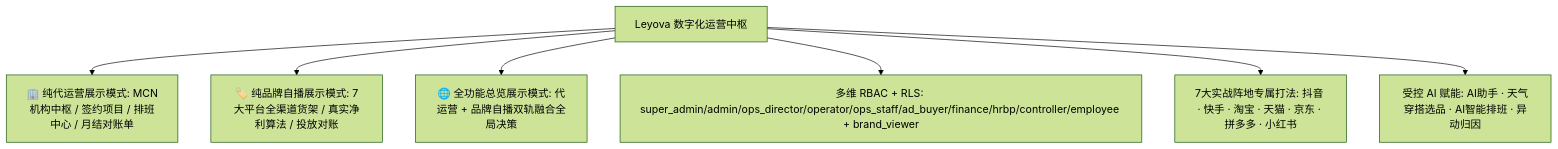
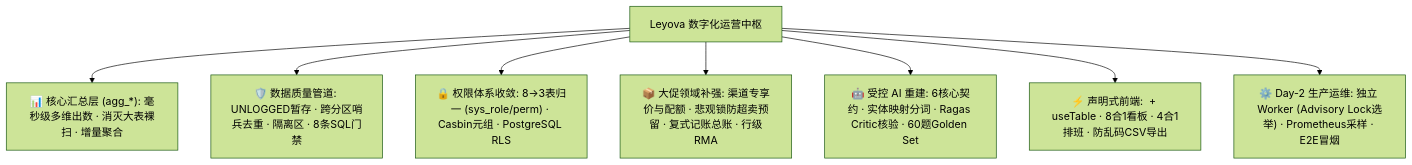
The first of 2 diagrams in README.md (BlazarLIU/leyova), drawn with Mermaid (forest theme) before and after one commit. The commit also changed other lines of this file, not shown here.

Commit message:
docs: 重写 README.md 全面同步架构收敛、DataPage 体系与生产运维能力

````diff
--- a/README.md
+++ b/README.md
@@ -30,10 +31,12 @@
 ```mermaid
 graph TD
-  A["Leyova 数字化运营中枢"] --> M1["🏢 纯代运营展示模式: MCN机构中枢 / 签约项目 / 排班中心 / 月结对账单"]
-  A --> M2["🏷️ 纯品牌自播展示模式: 7大平台全渠道货架 / 真实净利算法 / 投放对账"]
-  A --> M3["🌐 全功能总览展示模式: 代运营 + 品牌自播双轨融合全局决策"]
+  Core["Leyova 数字化运营中枢"]
 
-  A --> RBAC["多维 RBAC + RLS: super_admin/admin/ops_director/operator/ops_staff/ad_buyer/finance/hrbp/controller/employee + brand_viewer"]
-  A --> PF["7大实战阵地专属打法: 抖音 · 快手 · 淘宝 · 天猫 · 京东 · 拼多多 · 小红书"]
-  A --> AI["受控 AI 赋能: AI助手 · 天气穿搭选品 · AI智能排班 · 异动归因"]
+  Core --> D1["📊 核心汇总层 (agg_*): 毫秒级多维出数 · 消灭大表裸扫 · 增量聚合"]
+  Core --> D2["🛡️ 数据质量管道: UNLOGGED暂存 · 跨分区哨兵去重 · 隔离区 · 8条SQL门禁"]
+  Core --> D3["🔒 权限体系收敛: 8→3表归一 (sys_role/perm) · Casbin元组 · PostgreSQL RLS"]
+  Core --> D4["📦 大促领域补强: 渠道专享价与配额 · 悲观锁防超卖预留 · 复式记账总账 · 行级RMA"]
+  Core --> D5["🤖 受控 AI 重建: 6核心契约 · 实体映射分词 · Ragas Critic核验 · 60题Golden Set"]
+  Core --> D6["⚡ 声明式前端: <DataPage> + useTable · 8合1看板 · 4合1排班 · 防乱码CSV导出"]
+  Core --> D7["⚙️ Day-2 生产运维: 独立 Worker (Advisory Lock选举) · Prometheus采样 · E2E冒烟"]
 ```
````
